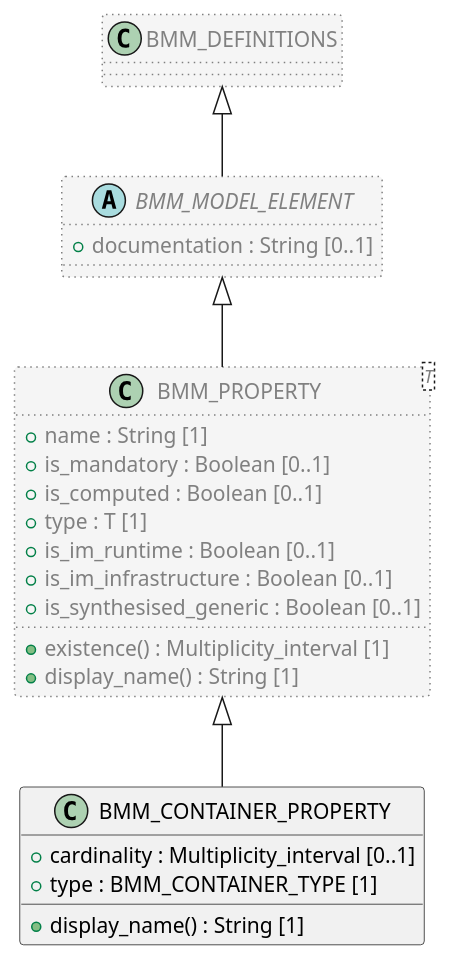
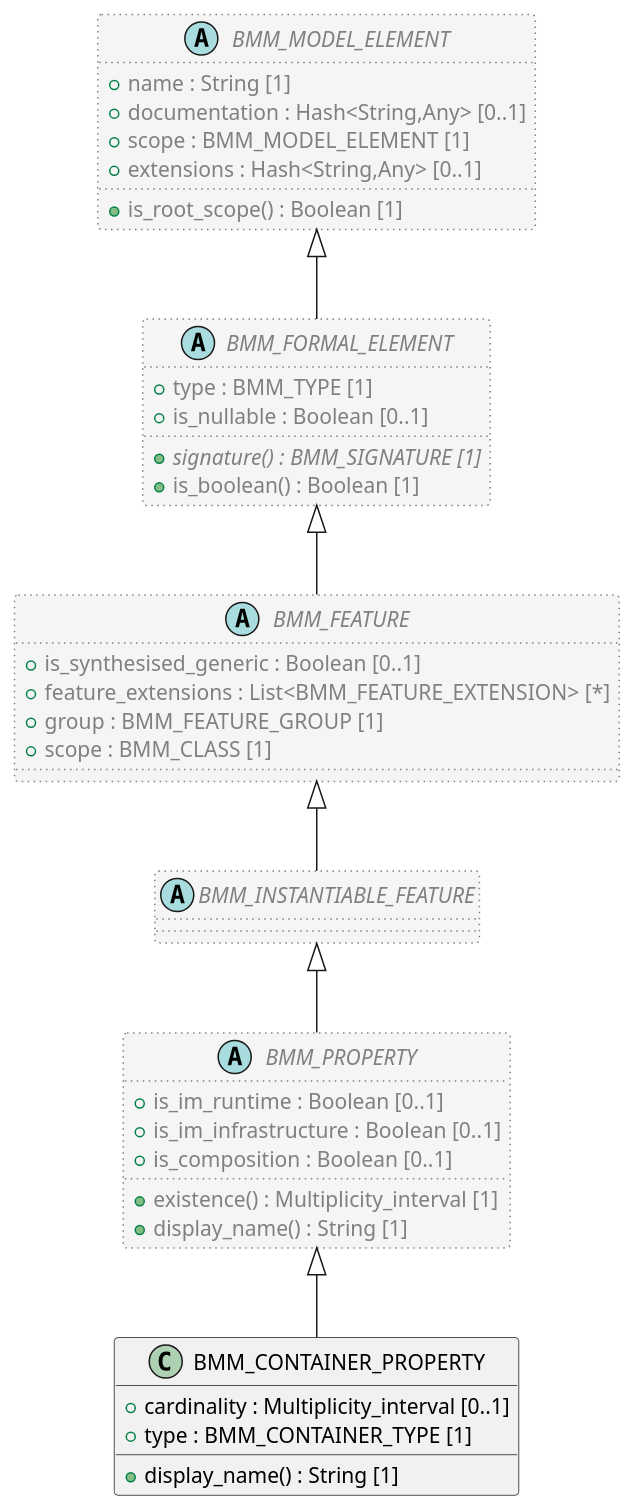
Before and after one commit to sebastian-iancu/code-generator: the diagram in code/Adoc/openehr_lang_1.1.0/plantUML/classes/org.openehr.lang.bmm.bmm_container_property.adoc, drawn with PlantUML. The commit also changed 719 other files, not shown here.

```diff
--- a/code/Adoc/openehr_lang_1.1.0/plantUML/classes/org.openehr.lang.bmm.bmm_container_property.adoc
+++ b/code/Adoc/openehr_lang_1.1.0/plantUML/classes/org.openehr.lang.bmm.bmm_container_property.adoc
@@ -1,38 +1,56 @@
 [plantuml,BMM_CONTAINER_PROPERTY,format=svg,svg-type="inline"]
 -----
 @startuml
 
 class BMM_CONTAINER_PROPERTY {
   + cardinality : Multiplicity_interval [0..1]
   + type : BMM_CONTAINER_TYPE [1]
   + display_name() : String [1]
 }
 
-class BMM_PROPERTY <T>  #whitesmoke;line:gray;line.dotted;text:gray {
-  + name : String [1]
-  + is_mandatory : Boolean [0..1]
-  + is_computed : Boolean [0..1]
-  + type : T [1]
+abstract class BMM_PROPERTY  #whitesmoke;line:gray;line.dotted;text:gray {
   + is_im_runtime : Boolean [0..1]
   + is_im_infrastructure : Boolean [0..1]
-  + is_synthesised_generic : Boolean [0..1]
+  + is_composition : Boolean [0..1]
   + existence() : Multiplicity_interval [1]
   + display_name() : String [1]
 }
 
-abstract class BMM_MODEL_ELEMENT  #whitesmoke;line:gray;line.dotted;text:gray {
-  + documentation : String [0..1]
+abstract class BMM_INSTANTIABLE_FEATURE  #whitesmoke;line:gray;line.dotted;text:gray {
 }
 
-class BMM_DEFINITIONS  #whitesmoke;line:gray;line.dotted;text:gray {
+abstract class BMM_FEATURE  #whitesmoke;line:gray;line.dotted;text:gray {
+  + is_synthesised_generic : Boolean [0..1]
+  + feature_extensions : List<BMM_FEATURE_EXTENSION> [*]
+  + group : BMM_FEATURE_GROUP [1]
+  + scope : BMM_CLASS [1]
 }
 
-BMM_DEFINITIONS <|-- BMM_MODEL_ELEMENT
+abstract class BMM_FORMAL_ELEMENT  #whitesmoke;line:gray;line.dotted;text:gray {
+  + type : BMM_TYPE [1]
+  + is_nullable : Boolean [0..1]
+  + {abstract} signature() : BMM_SIGNATURE [1]
+  + is_boolean() : Boolean [1]
+}
 
-BMM_MODEL_ELEMENT <|-- BMM_PROPERTY
+abstract class BMM_MODEL_ELEMENT  #whitesmoke;line:gray;line.dotted;text:gray {
+  + name : String [1]
+  + documentation : Hash<String,Any> [0..1]
+  + scope : BMM_MODEL_ELEMENT [1]
+  + extensions : Hash<String,Any> [0..1]
+  + is_root_scope() : Boolean [1]
+}
+
+BMM_MODEL_ELEMENT <|-- BMM_FORMAL_ELEMENT
+
+BMM_FORMAL_ELEMENT <|-- BMM_FEATURE
+
+BMM_FEATURE <|-- BMM_INSTANTIABLE_FEATURE
+
+BMM_INSTANTIABLE_FEATURE <|-- BMM_PROPERTY
 
 BMM_PROPERTY <|-- BMM_CONTAINER_PROPERTY
 
 
 @enduml
 -----
```
